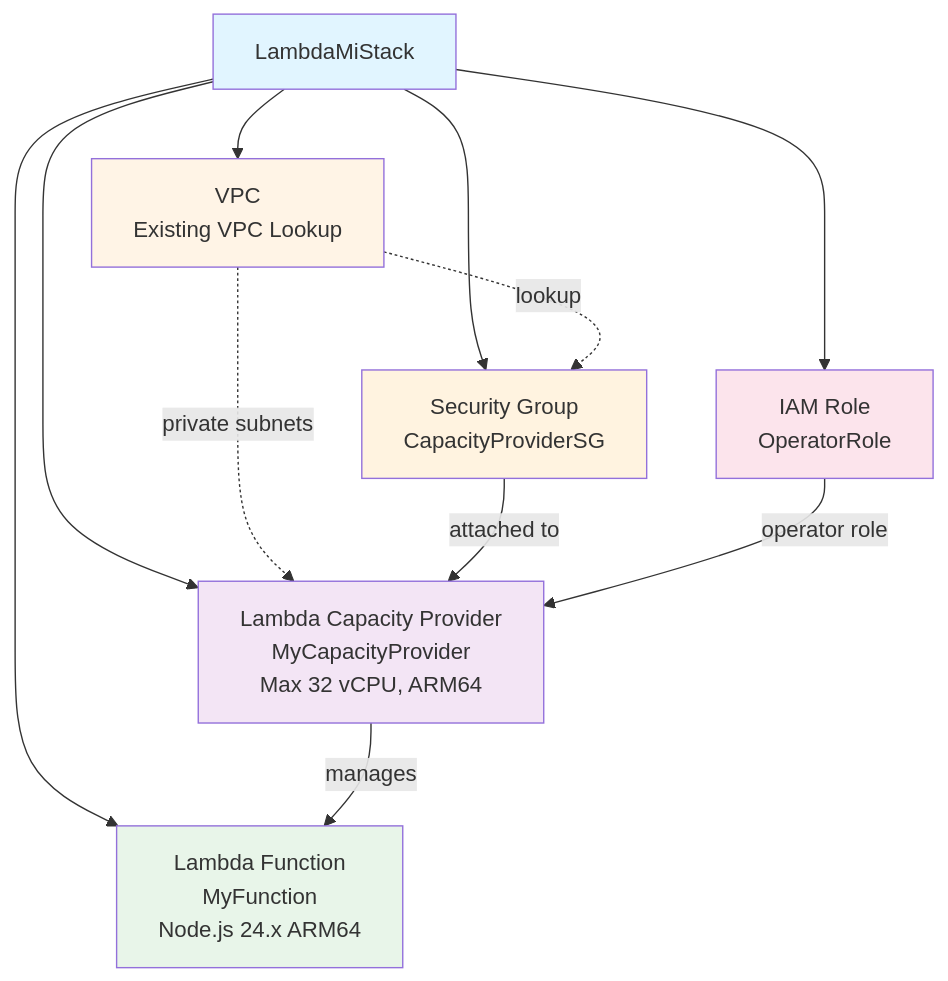
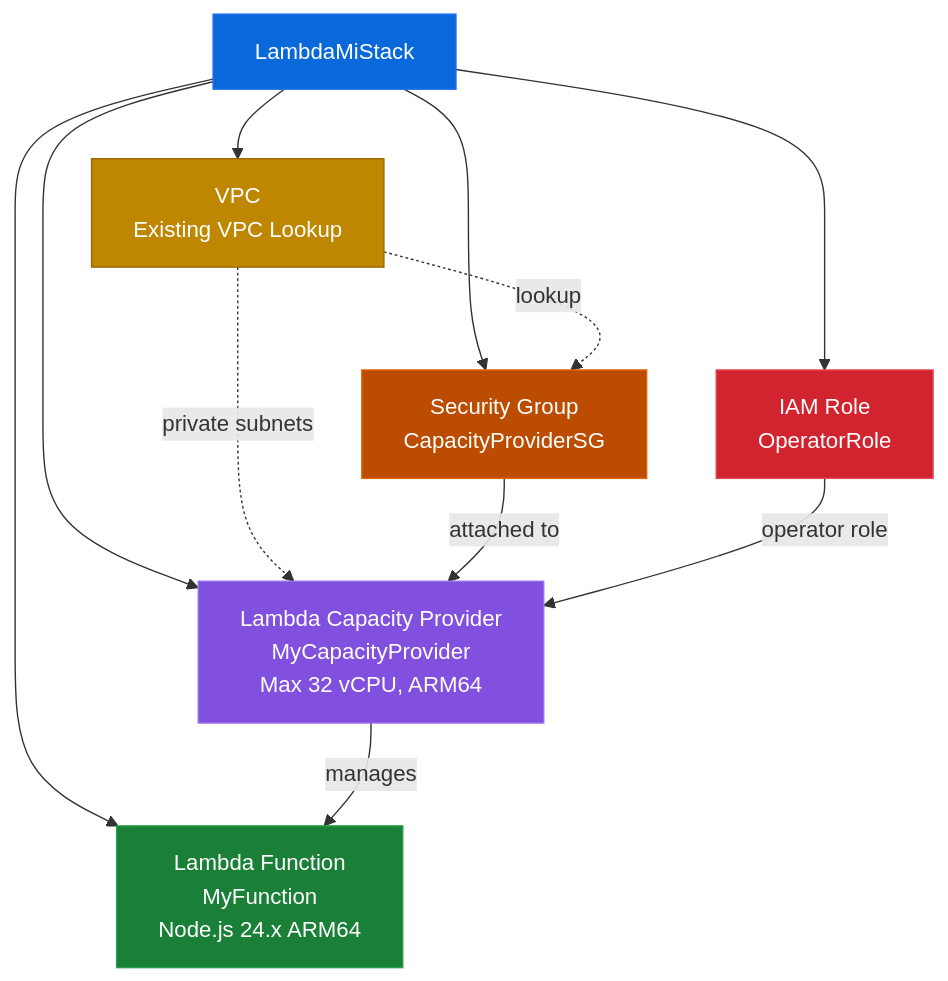
One commit to fourTheorem/lambda-mi changed the diagram in README.md. Above: the diagram before and after it, drawn with Mermaid. The commit also changed other lines of this file, not shown here.

Commit message:
docs: make diagram colours distinct

````diff
--- a/README.md
+++ b/README.md
@@ -17,28 +20,28 @@
 ```mermaid
 graph TB
     Stack[LambdaMiStack]
     VPC[VPC<br/>Existing VPC Lookup]
     Fn[Lambda Function<br/>MyFunction<br/>Node.js 24.x ARM64]
     SG[Security Group<br/>CapacityProviderSG]
     Role[IAM Role<br/>OperatorRole]
     CP[Lambda Capacity Provider<br/>MyCapacityProvider<br/>Max 32 vCPU, ARM64]
     
     Stack --> VPC
     Stack --> Fn
     Stack --> SG
     Stack --> Role
     Stack --> CP
     
     VPC -.->|lookup| SG
     VPC -.->|private subnets| CP
     SG -->|attached to| CP
     Role -->|operator role| CP
     CP -->|manages| Fn
     
-    style Stack fill:#e1f5ff
-    style VPC fill:#fff4e6
-    style Fn fill:#e8f5e9
-    style CP fill:#f3e5f5
-    style SG fill:#fff3e0
-    style Role fill:#fce4ec
+    style Stack fill:#0969da,stroke:#1f6feb,color:#fff
+    style VPC fill:#bf8700,stroke:#9a6700,color:#fff
+    style Fn fill:#1a7f37,stroke:#26a148,color:#fff
+    style CP fill:#8250df,stroke:#9a6feb,color:#fff
+    style SG fill:#bc4c00,stroke:#e36209,color:#fff
+    style Role fill:#d1242f,stroke:#e34850,color:#fff
 ```
````
